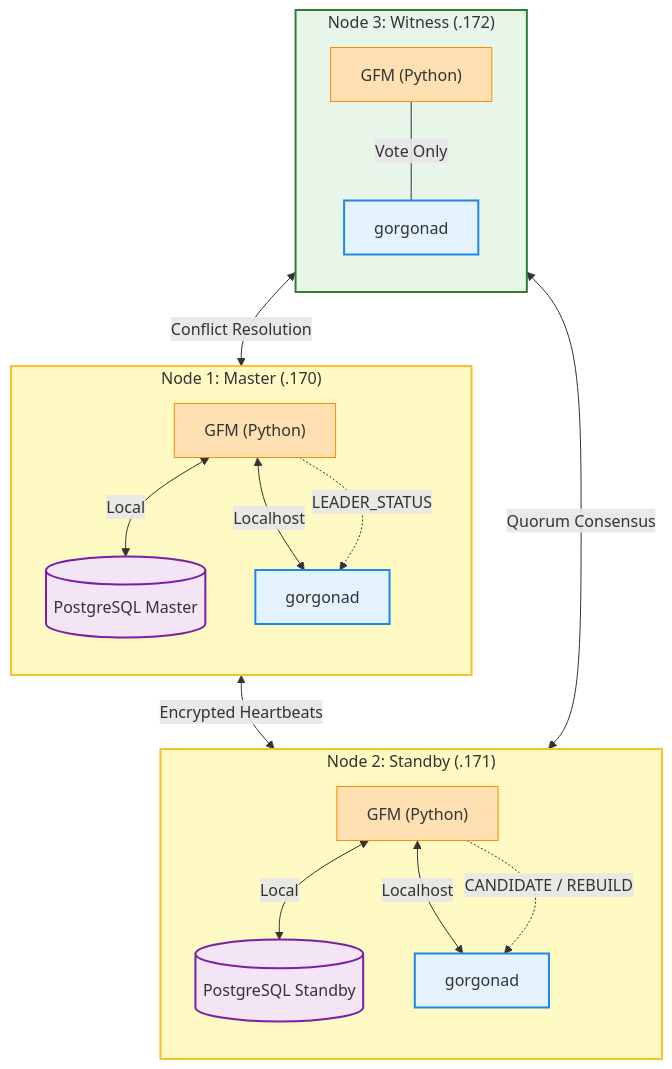
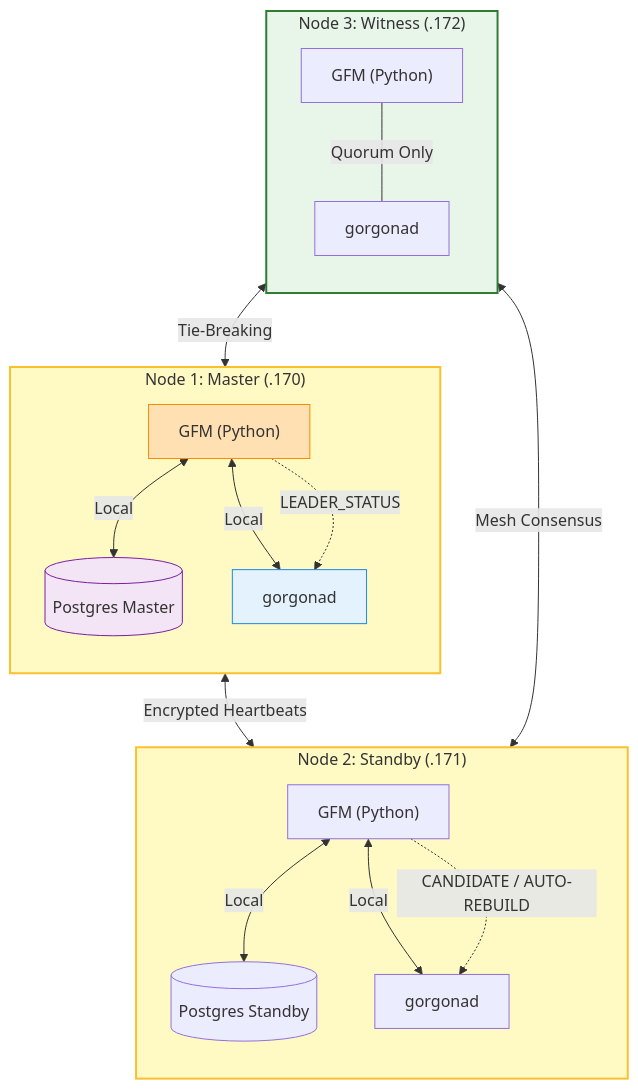
One commit to psqlmaster/gorgona changed the diagram in plugins/gfm/readme.md. Above: the diagram before and after it, drawn with Mermaid. The commit also changed other lines of this file and 5 other files, not shown here.

````diff
--- a/plugins/gfm/readme.md
+++ b/plugins/gfm/readme.md
@@ -42,47 +94,38 @@
 ```mermaid
 graph TD
     %% Database Nodes
     subgraph DB1 ["Node 1: Master (.170)"]
         direction TB
-        gfm1["GFM (Python)"] <-->|Local| pg1[("PostgreSQL Master")]
-        gfm1 <-->|Localhost| D1["gorgonad"]
+        gfm1["GFM (Python)"] <-->|Local| pg1[("Postgres Master")]
+        gfm1 <-->|Local| D1["gorgonad"]
     end
 
     subgraph DB2 ["Node 2: Standby (.171)"]
         direction TB
-        gfm2["GFM (Python)"] <-->|Local| pg2[("PostgreSQL Standby")]
-        gfm2 <-->|Localhost| D2["gorgonad"]
+        gfm2["GFM (Python)"] <-->|Local| pg2[("Postgres Standby")]
+        gfm2 <-->|Local| D2["gorgonad"]
     end
 
     %% Witness Node
     subgraph WIT ["Node 3: Witness (.172)"]
         direction TB
-        gfm3["GFM (Python)"] ---|Vote Only| D3["gorgonad"]
+        gfm3["GFM (Python)"] ---|Quorum Only| D3["gorgonad"]
     end
 
-    %% P2P Signaling (Encrypted Control Plane)
+    %% P2P Signaling
     D1 <-->|Encrypted Heartbeats| D2
-    D2 <-->|Quorum Consensus| D3
-    D3 <-->|Conflict Resolution| D1
+    D2 <-->|Mesh Consensus| D3
+    D3 <-->|Tie-Breaking| D1
 
-    %% Legend / Interactions
+    %% Interactions
     gfm1 -.->|LEADER_STATUS| D1
-    gfm2 -.->|CANDIDATE / REBUILD| D2
+    gfm2 -.->|CANDIDATE / AUTO-REBUILD| D2
     
-    %% Styling DB Nodes (Yellow/Gold)
+    %% Styling
     style DB1 fill:#fff9c4,stroke:#fbc02d,stroke-width:2px
     style DB2 fill:#fff9c4,stroke:#fbc02d,stroke-width:2px
-    
-    %% Styling Witness (Green)
     style WIT fill:#e8f5e9,stroke:#2e7d32,stroke-width:2px
-
-    %% Styling Components
     style gfm1 fill:#ffe0b2,stroke:#fb8c00
-    style gfm2 fill:#ffe0b2,stroke:#fb8c00
-    style gfm3 fill:#ffe0b2,stroke:#fb8c00
-    style D1 fill:#e3f2fd,stroke:#1e88e5,stroke-width:2px
-    style D2 fill:#e3f2fd,stroke:#1e88e5,stroke-width:2px
-    style D3 fill:#e3f2fd,stroke:#1e88e5,stroke-width:2px
-    style pg1 fill:#f3e5f5,stroke:#7b1fa2,stroke-width:2px
-    style pg2 fill:#f3e5f5,stroke:#7b1fa2,stroke-width:2px
+    style D1 fill:#e3f2fd,stroke:#1e88e5
+    style pg1 fill:#f3e5f5,stroke:#7b1fa2
 ```
````
